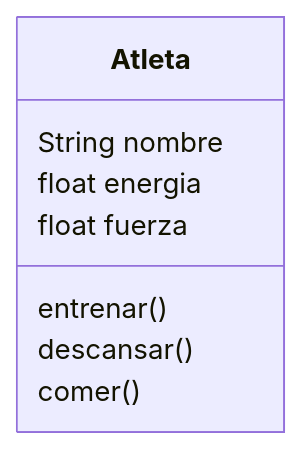
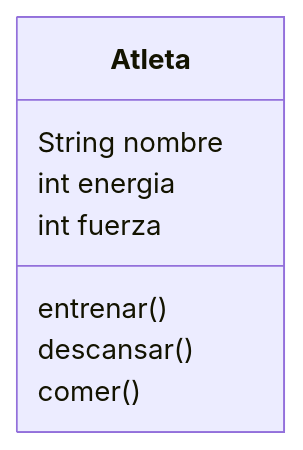
The diagram in retos_sesion_03/ejercicio_01.md (bk320/psg-oop-2025), drawn with Mermaid before and after one commit. The commit also changed other lines of this file and 3 other files, not shown here.

````diff
--- a/retos_sesion_03/ejercicio_01.md
+++ b/retos_sesion_03/ejercicio_01.md
@@ -39,11 +60,11 @@
 ```mermaid
 classDiagram
     class Atleta {
         String nombre
-        float energia
-        float fuerza
+        int energia
+        int fuerza
         entrenar()
         descansar()
         comer()
     }
 ```
````
